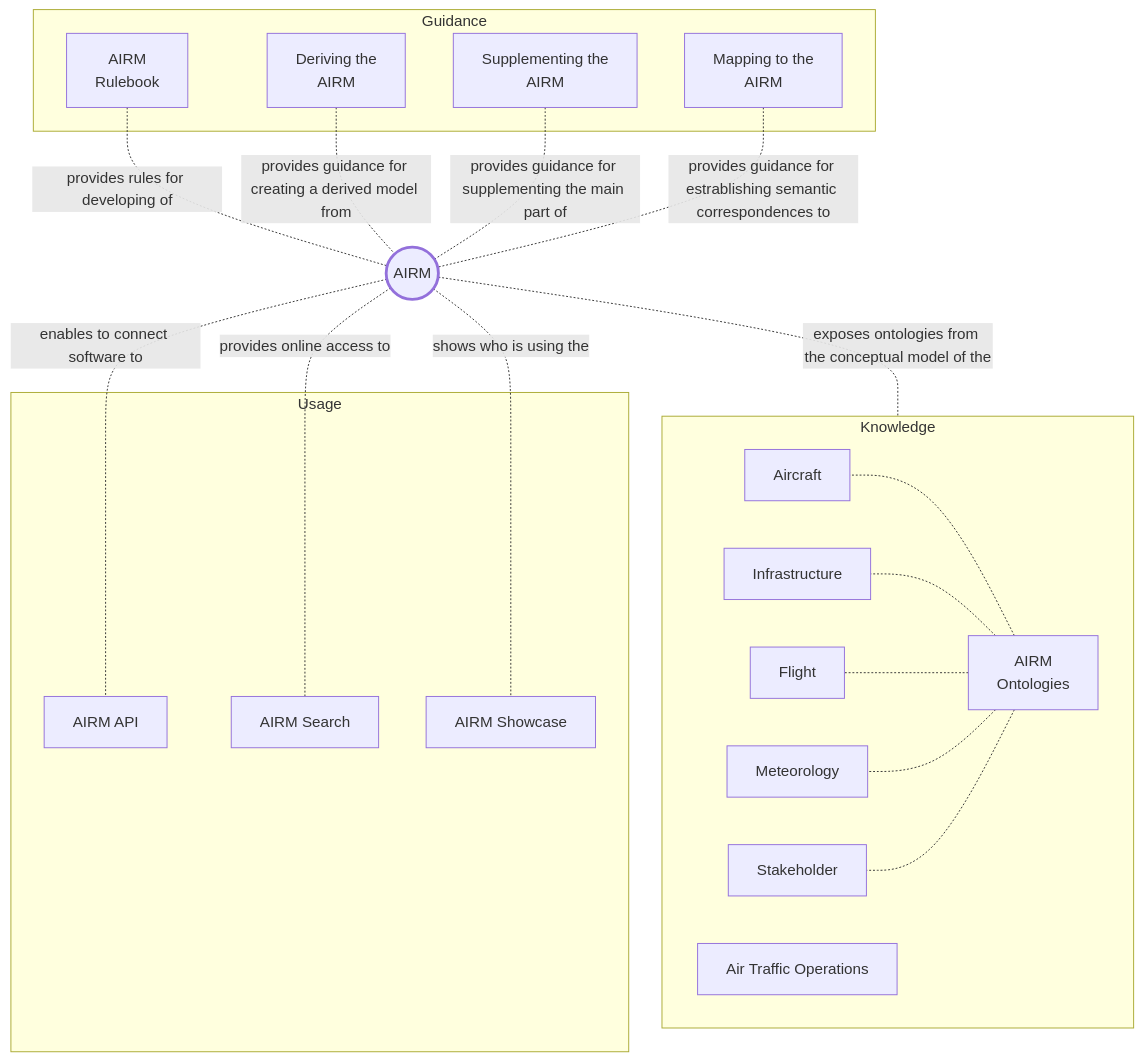
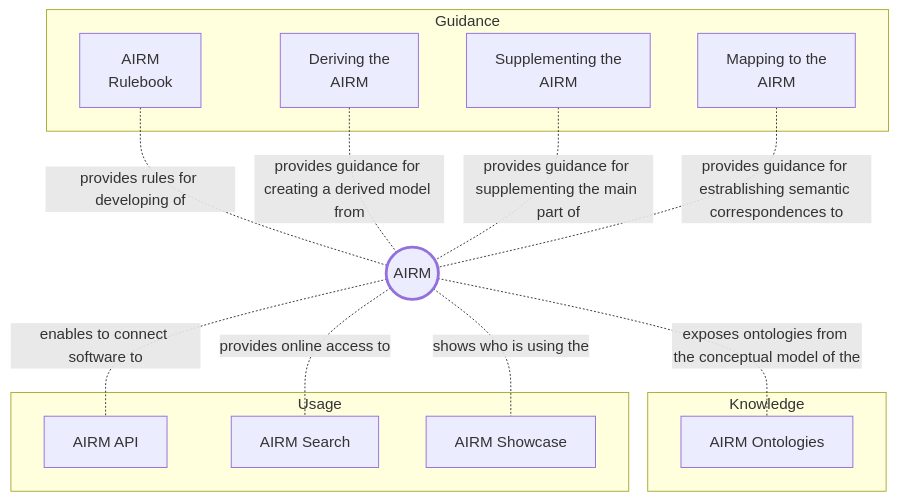
One commit to airm-ccb/airm-user-manual-1.3.0-testing changed the first of 2 diagrams in docs/home.md. Above: the diagram before and after it, drawn with Mermaid. The commit also changed other lines of this file, not shown here.

````diff
--- a/docs/home.md
+++ b/docs/home.md
@@ -7,47 +7,52 @@
 ```mermaid
-flowchart  TD
+  flowchart  TD
+  
+  AIRM((AIRM))
+  
+  subgraph Guidance
+  AIRM_RULEBOOK[AIRM<br>Rulebook]
+  DERIVE_AIRM[Deriving the<br>AIRM]
+  SUPPLEMENT_AIRM[Supplementing the<br>AIRM]
+  MAP_TO_AIRM[Mapping to the<br>AIRM]
+  end
+  
+  AIRM_RULEBOOK-. provides rules for developing of .- AIRM
+  DERIVE_AIRM-. provides guidance for creating a derived model from .-AIRM
+  SUPPLEMENT_AIRM-. provides guidance for supplementing the main part of .-AIRM
+  MAP_TO_AIRM-. provides guidance for estrablishing semantic correspondences to .-AIRM
+  
+  subgraph Knowledge
+    %% direction RL
+    AIRM_ONTOLOGIES[AIRM Ontologies]
+    %% ONTOLOGY_AIRCRAFT[Aircraft]
+    %% ONTOLOGY_INFRASTRUCTURE[Infrastructure]
+    %% ONTOLOGY_ATO[Air Traffic Operations]
+    %% ONTOLOGY_FLIGHT[Flight]
+    %% ONTOLOGY_METEO[Meteorology]
+    %% ONTOLOGY_STAKEHOLDER[Stakeholder]
+    %% AIRM_ONTOLOGIES-.-ONTOLOGY_AIRCRAFT
+    %% AIRM_ONTOLOGIES-.-ONTOLOGY_INFRASTRUCTURE
+    %% AIRM_ONTOLOGIES-.-ONTOLOGY_FLIGHT
+    %% AIRM_ONTOLOGIES-.-ONTOLOGY_METEO
+    %% AIRM_ONTOLOGIES-.-ONTOLOGY_STAKEHOLDER
+  end
+  
+  AIRM-. exposes ontologies from the conceptual model of the .-AIRM_ONTOLOGIES
+  
+  subgraph Usage
+  AIRM_API[AIRM API]
+  AIRM_SEARCH[AIRM Search]
+  AIRM_SHOWCASE[AIRM Showcase]
+  end
+  
+  AIRM -. enables to connect software to .- AIRM_API
+  AIRM -. provides online access to .- AIRM_SEARCH
+  AIRM -. shows who is using the .- AIRM_SHOWCASE
+  
+  style AIRM stroke-width:3px
 
-AIRM((AIRM))
-
-subgraph Guidance
-AIRM_RULEBOOK[AIRM<br>Rulebook]
-DERIVE_AIRM[Deriving the<br>AIRM]
-SUPPLEMENT_AIRM[Supplementing the<br>AIRM]
-MAP_TO_AIRM[Mapping to the<br>AIRM]
-end
-
-AIRM_RULEBOOK-. provides rules for developing of .- AIRM
-DERIVE_AIRM-. provides guidance for creating a derived model from .-AIRM
-SUPPLEMENT_AIRM-. provides guidance for supplementing the main part of .-AIRM
-MAP_TO_AIRM-. provides guidance for estrablishing semantic correspondences to .-AIRM
-
-subgraph Knowledge
-  direction RL
-  AIRM_ONTOLOGIES[AIRM<br>Ontologies]
-  ONTOLOGY_AIRCRAFT[Aircraft]
-  ONTOLOGY_INFRASTRUCTURE[Infrastructure]
-  ONTOLOGY_ATO[Air Traffic Operations]
-  ONTOLOGY_FLIGHT[Flight]
-  ONTOLOGY_METEO[Meteorology]
-  ONTOLOGY_STAKEHOLDER[Stakeholder]
-  AIRM_ONTOLOGIES-.-ONTOLOGY_AIRCRAFT
-  AIRM_ONTOLOGIES-.-ONTOLOGY_INFRASTRUCTURE
-  AIRM_ONTOLOGIES-.-ONTOLOGY_FLIGHT
-  AIRM_ONTOLOGIES-.-ONTOLOGY_METEO
-  AIRM_ONTOLOGIES-.-ONTOLOGY_STAKEHOLDER
-end
-
-AIRM-. exposes ontologies from the conceptual model of the .-AIRM_ONTOLOGIES
-
-subgraph Usage
-AIRM_API[AIRM API]
-AIRM_SEARCH[AIRM Search]
-AIRM_SHOWCASE[AIRM Showcase]
-end
-
-AIRM -. enables to connect software to .- AIRM_API
-AIRM -. provides online access to .- AIRM_SEARCH
-AIRM -. shows who is using the .- AIRM_SHOWCASE
-
-style AIRM stroke-width:3px
+  click AIRM_RULEBOOK href "https://airm-ccb.github.io/airm-user-manual-1.3.0-testing/#/guidance/airm_rulebook" "Browse the AIRM Rulebook"
+  click AIRM_ONTOLOGIES href "https://airm-ccb.github.io/airm-user-manual-1.3.0-testing/#/knowledge/aircraft" "Discover the AIRM ontologies"
+  click AIRM_SEARCH href "https://airm.aero/dictionary/1.2.0/search" "Search for ATM terms, abbreviations and concepts"
+  click AIRM_API href "https://airm.aero/developers/api" "Connect your software"
 ```
````
